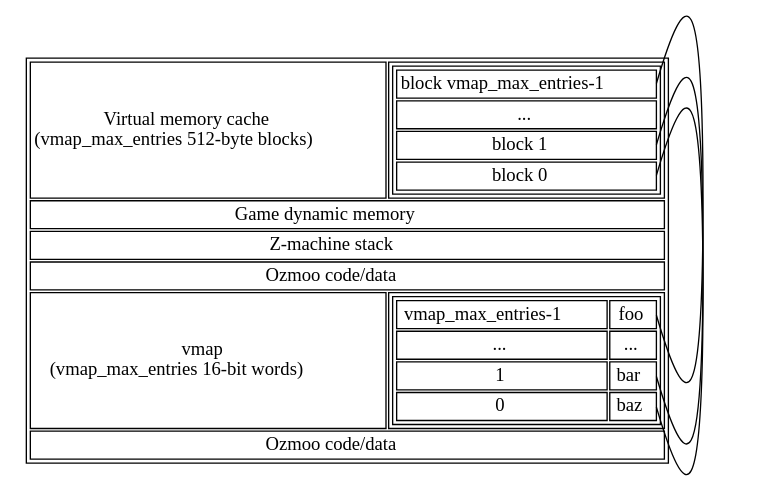
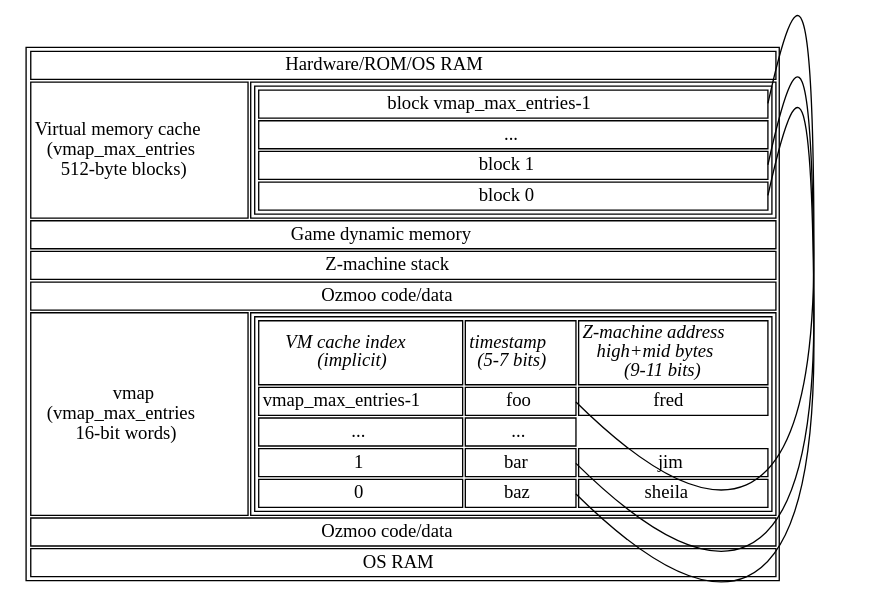
One commit to ZornsLemma/ozmoo changed the diagram in documentation/techdocs/memory-map-1.dot. Above: the diagram before and after it, drawn with Graphviz.

Commit message:
Snapshot

```diff
--- a/documentation/techdocs/memory-map-1.dot
+++ b/documentation/techdocs/memory-map-1.dot
@@ -1,38 +1,47 @@
 graph memory {
     graph [splines=line];
     node [shape=plaintext];
 
     top [label=<
     <table>
-        <tr><td>Virtual memory cache<br/>(vmap_max_entries 512-byte blocks)</td>
+        <tr><td colspan="2">Hardware/ROM/OS RAM</td></tr>
+        <!-- SFTODO: could label start of this chunk of memory vmap_first_ram_page -->
+        <tr><td>Virtual memory cache<br/>(vmap_max_entries<br/>512-byte blocks)</td>
             <td>
                 <table port="vmem">
                     <tr><td port="lastblock">block vmap_max_entries-1</td></tr>
                     <tr><td>...</td></tr>
                     <tr><td port="block1">block 1</td></tr>
                     <tr><td port="block0">block 0</td></tr>
                 </table>
             </td>
         </tr>
         <tr><td colspan="2">Game dynamic memory</td></tr>
         <tr><td colspan="2">Z-machine stack</td></tr>
         <tr><td colspan="2">Ozmoo code/data</td></tr>
-        <tr><td>vmap<br/>(vmap_max_entries 16-bit words)</td>
+        <tr><td>vmap<br/>(vmap_max_entries<br/>16-bit words)</td>
             <td>
                 <table>
-                    <tr><td>vmap_max_entries-1</td><td port="xlastblock">foo</td></tr>
+                    <tr>
+                        <td><i>VM cache index<br/>(implicit)</i></td>
+                        <td><i>timestamp<br/>(5-7 bits)</i></td>
+                        <td><i>Z-machine address<br/>high+mid bytes<br/>(9-11 bits)</i></td>
+                    </tr>
+                    <tr><td>vmap_max_entries-1</td><td port="xlastblock">foo</td><td>fred</td></tr>
                     <tr><td>...</td><td>...</td></tr>
-                    <tr><td>1</td><td port="xblock1">bar</td></tr>
-                    <tr><td>0</td><td port="xblock0">baz</td></tr>
+                    <tr><td>1</td><td port="xblock1">bar</td><td>jim</td></tr>
+                    <tr><td>0</td><td port="xblock0">baz</td><td>sheila</td></tr>
                 </table>
             </td>
         </tr>
         <tr><td colspan="2">Ozmoo code/data</td></tr>
+        <tr><td colspan="2">OS RAM</td></tr>
     </table>>];
 
+    # Get rid of these lines, since they don't route well?
     top:lastblock:e -- top:xlastblock:e;
     top:block1:e -- top:xblock1:e;
     top:block0:e -- top:xblock0:e;
 }
 
 # vi: sw=4 sts=4
```
